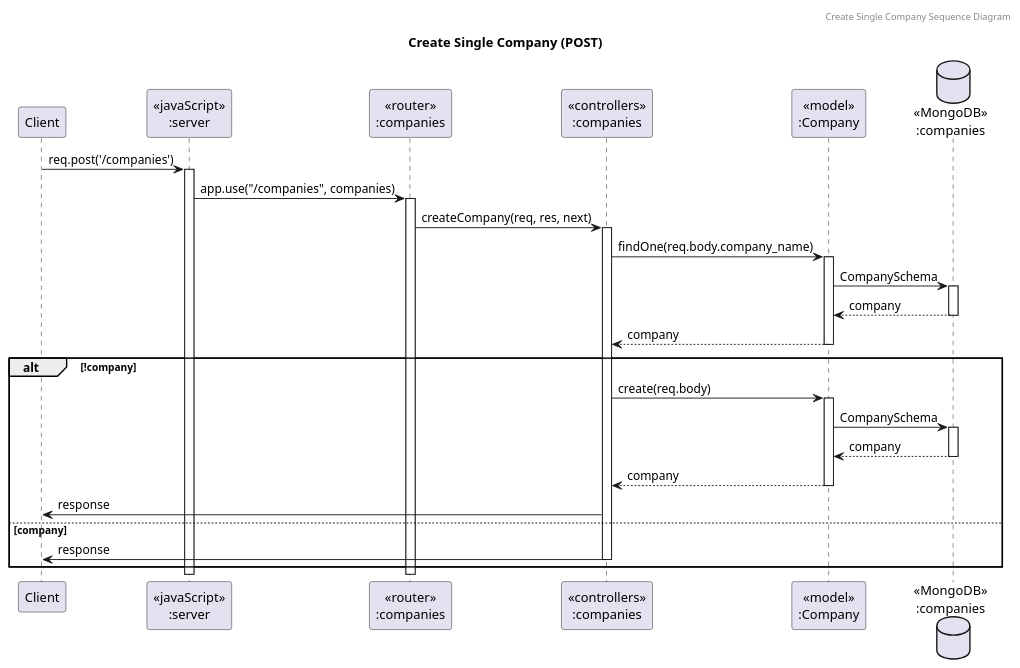
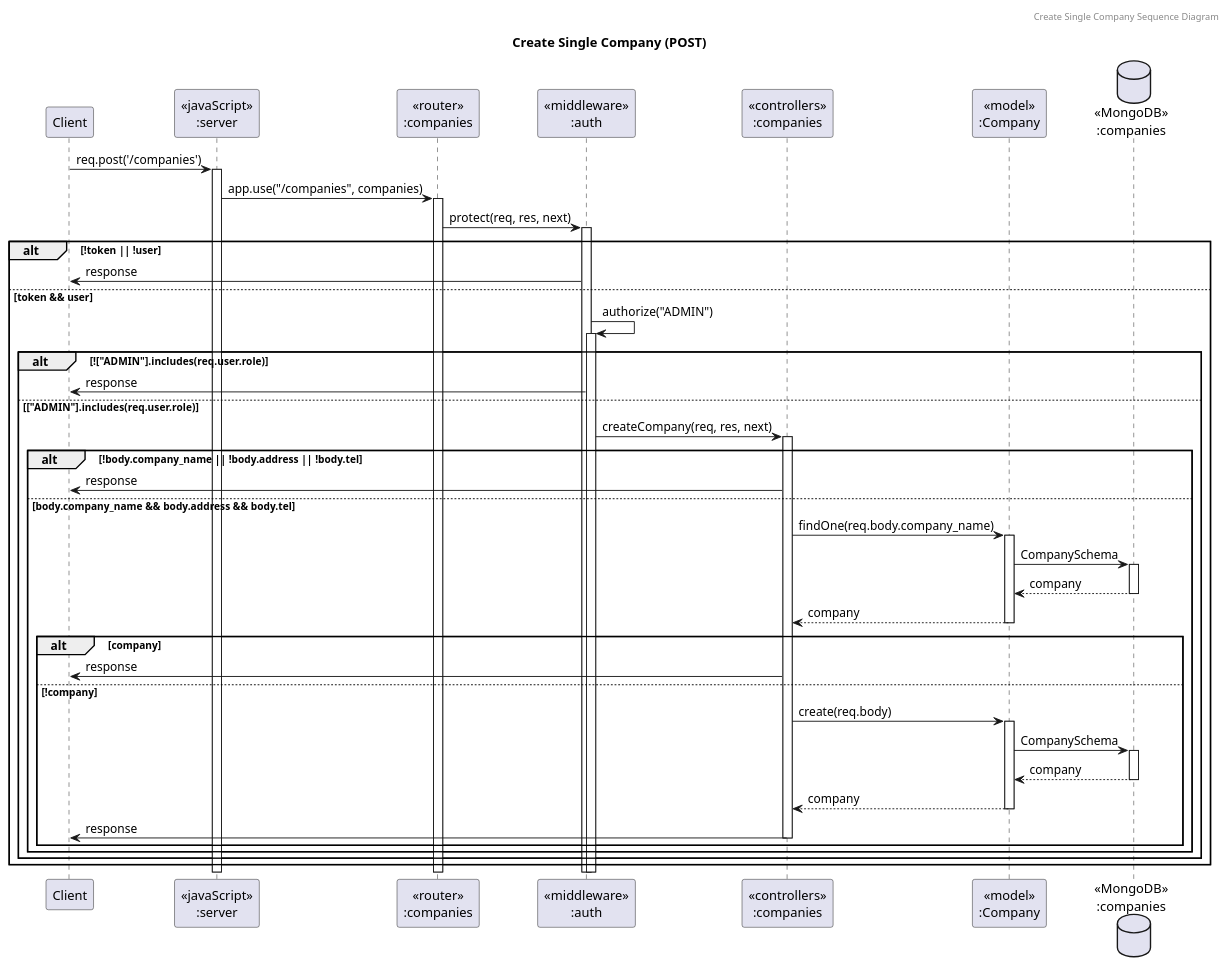
One commit to its144prelationship-study/swdevprac-project changed the diagram in diagrams/sequence_diagram/company/create_single_company.puml. Above: the diagram before and after it, drawn with PlantUML. The commit also changed 14 other files, not shown here.

Commit message:
fix: fix company sequence diagram

```diff
--- a/diagrams/sequence_diagram/company/create_single_company.puml
+++ b/diagrams/sequence_diagram/company/create_single_company.puml
@@ -1,30 +1,44 @@
 @startuml Create Single Company (POST)
 
 header Create Single Company Sequence Diagram
 title "Create Single Company (POST)"
 
 participant "Client" as client
 participant "<<javaScript>>\n:server" as server
 participant "<<router>>\n:companies" as routerCompanies
+participant "<<middleware>>\n:auth" as authMiddleware
 participant "<<controllers>>\n:companies" as controllersCompanies
 participant "<<model>>\n:Company" as modelCompanies
 database "<<MongoDB>>\n:companies" as CompaniesDatabase
 
 client -> server ++:req.post('/companies')
 server -> routerCompanies ++:app.use("/companies", companies)
-routerCompanies -> controllersCompanies ++:createCompany(req, res, next)
-controllersCompanies -> modelCompanies ++:findOne(req.body.company_name)
-modelCompanies -> CompaniesDatabase ++: CompanySchema
-CompaniesDatabase --> modelCompanies --: company
-controllersCompanies <-- modelCompanies --: company
-alt !company
-    controllersCompanies -> modelCompanies ++:create(req.body)
-    modelCompanies -> CompaniesDatabase ++: CompanySchema
-    CompaniesDatabase --> modelCompanies --: company
-    controllersCompanies <-- modelCompanies --: company
-    controllersCompanies -> client : response
-else company
-    controllersCompanies -> client --: response
+routerCompanies -> authMiddleware ++:protect(req, res, next)
+alt !token || !user
+    authMiddleware -> client :response
+else token && user
+    authMiddleware -> authMiddleware ++:authorize("ADMIN")
+    alt !["ADMIN"].includes(req.user.role)
+        authMiddleware -> client :response
+    else ["ADMIN"].includes(req.user.role)
+        authMiddleware -> controllersCompanies ++:createCompany(req, res, next)
+        alt !body.company_name || !body.address || !body.tel
+            controllersCompanies -> client :response
+        else body.company_name && body.address && body.tel
+            controllersCompanies -> modelCompanies ++:findOne(req.body.company_name)
+            modelCompanies -> CompaniesDatabase ++: CompanySchema
+            CompaniesDatabase --> modelCompanies --: company
+            controllersCompanies <-- modelCompanies --: company
+            alt company
+                controllersCompanies -> client : response
+            else !company
+                controllersCompanies -> modelCompanies ++:create(req.body)
+                modelCompanies -> CompaniesDatabase ++: CompanySchema
+                CompaniesDatabase --> modelCompanies --: company
+                controllersCompanies <-- modelCompanies --: company
+                controllersCompanies -> client --: response
+            end
+        end
+    end
 end
-
 @enduml
```
